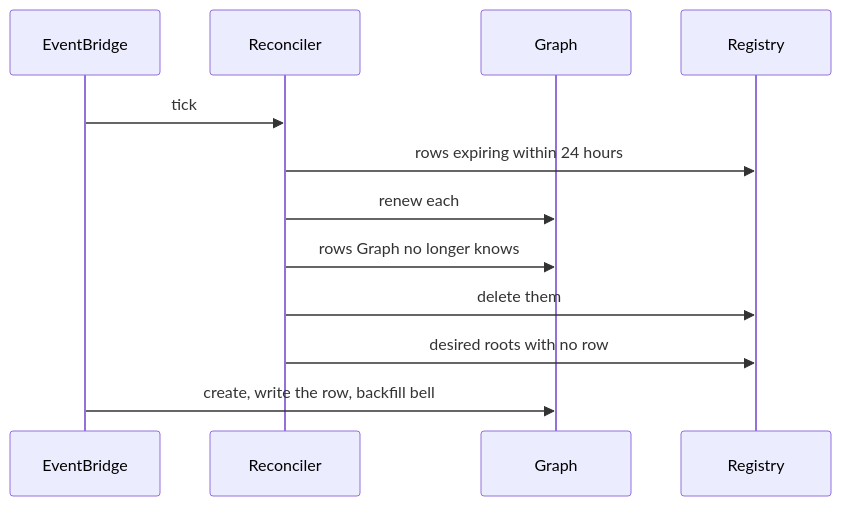
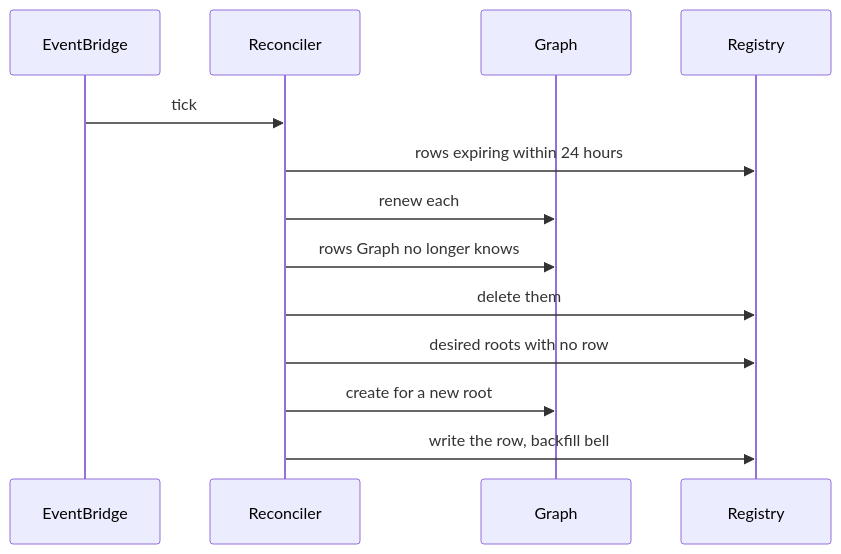
One commit to jaybeeuu/petroglyph changed the seventh of 9 diagrams in docs/sync-lifecycle.md. Above: the diagram before and after it, drawn with Mermaid. The commit also changed other lines of this file, not shown here.

````diff
--- a/docs/sync-lifecycle.md
+++ b/docs/sync-lifecycle.md
@@ -179,14 +179,15 @@
 ```mermaid
 sequenceDiagram
   participant E as EventBridge
   participant R as Reconciler
   participant G as Graph
   participant Reg as Registry
   E->>R: tick
   R->>Reg: rows expiring within 24 hours
   R->>G: renew each
   R->>G: rows Graph no longer knows
   R->>Reg: delete them
   R->>Reg: desired roots with no row
-  E->>G: create, write the row, backfill bell
+  R->>G: create for a new root
+  R->>Reg: write the row, backfill bell
 ```
````
